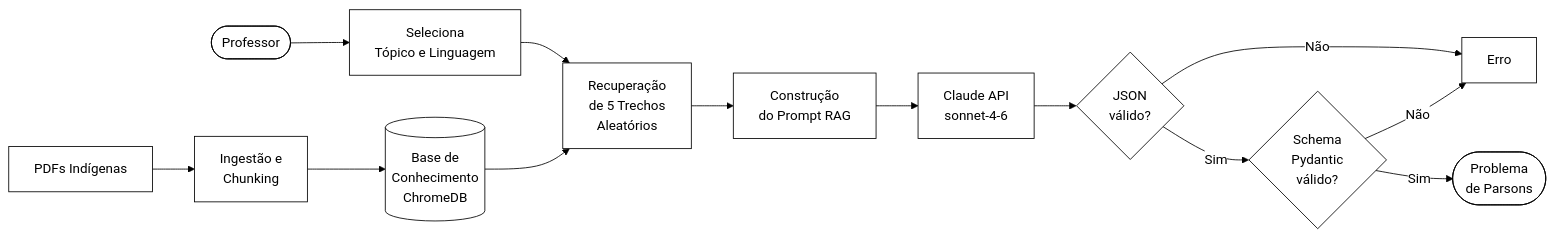
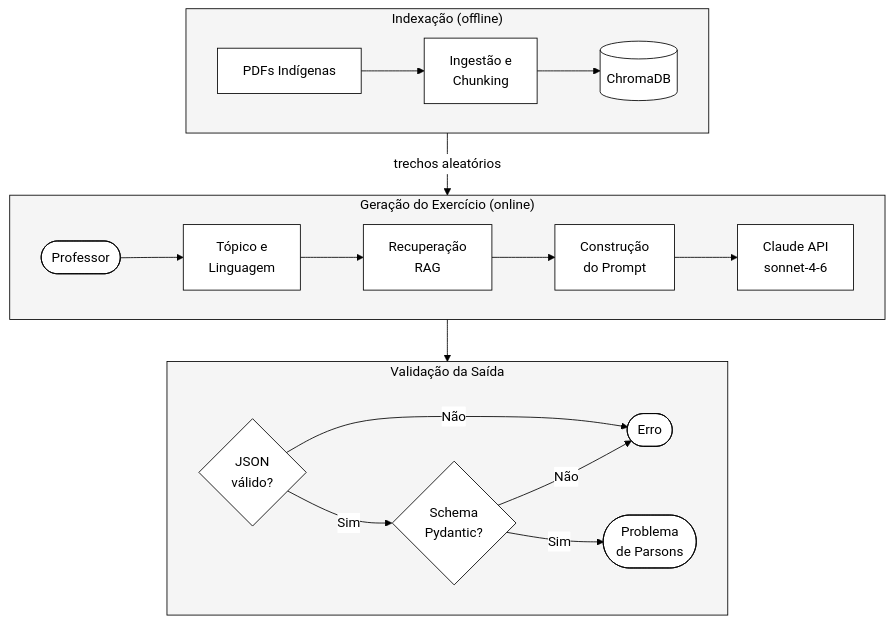
Before and after one commit to luiggyAlves/content-aggregator-rss: the diagram in README.md, drawn with Mermaid.

````diff
--- a/README.md
+++ b/README.md
@@ -8,37 +8,41 @@
 ```mermaid
 
 %%{init: {'theme': 'base', 'themeVariables': {
   'primaryColor': '#ffffff',
   'primaryBorderColor': '#000000',
   'primaryTextColor': '#000000',
   'lineColor': '#000000',
   'background': '#ffffff',
-  'nodeBorder': '#000000',
-  'clusterBkg': '#ffffff',
+  'clusterBkg': '#f5f5f5',
   'clusterBorder': '#000000',
   'edgeLabelBackground': '#ffffff',
-  'secondaryColor': '#ffffff',
-  'tertiaryColor': '#ffffff',
   'fontFamily': 'Arial'
 }}}%%
-flowchart LR
-    A([Professor]) --> B[Seleciona\nTópico e Linguagem]
+flowchart TB
 
-    PDFs[PDFs Indígenas] --> INGEST[Ingestão e\nChunking]
-    INGEST --> KB[(Base de\nConhecimento\nChromeDB)]
+    subgraph FASE1["Indexação (offline)"]
+        direction LR
+        PDF["PDFs Indígenas"] --> ING["Ingestão e\nChunking"] --> KB[("ChromaDB")]
+    end
 
-    B --> RET[Recuperação\nde 5 Trechos\nAleatórios]
-    KB --> RET
+    subgraph FASE2["Geração do Exercício (online)"]
+        direction LR
+        PROF(["Professor"]) --> SEL["Tópico e\nLinguagem"] --> RET["Recuperação\nRAG"] --> PROMPT["Construção\ndo Prompt"] --> API["Claude API\nsonnet-4-6"]
+    end
 
-    RET --> PROMPT[Construção\ndo Prompt RAG]
-    PROMPT --> API[Claude API\nsonnet-4-6]
-    API --> V1{JSON\nválido?}
-    V1 -->|Não| ERR[Erro]
-    V1 -->|Sim| V2{Schema\nPydantic\nválido?}
-    V2 -->|Não| ERR
-    V2 -->|Sim| OUT([Problema\nde Parsons])
+    subgraph FASE3["Validação da Saída"]
+        direction LR
+        V1{"JSON\nválido?"} -->|Sim| V2{"Schema\nPydantic?"}
+        V1 -->|Não| ERR(["Erro"])
+        V2 -->|Não| ERR
+        V2 -->|Sim| OUT(["Problema\nde Parsons"])
+    end
+
+    KB -->|"trechos aleatórios"| RET
+    API --> V1
+
 
 
 
 
 ```
````
